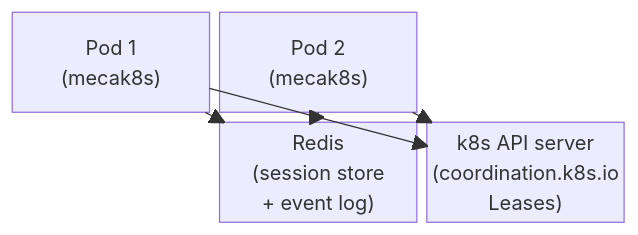
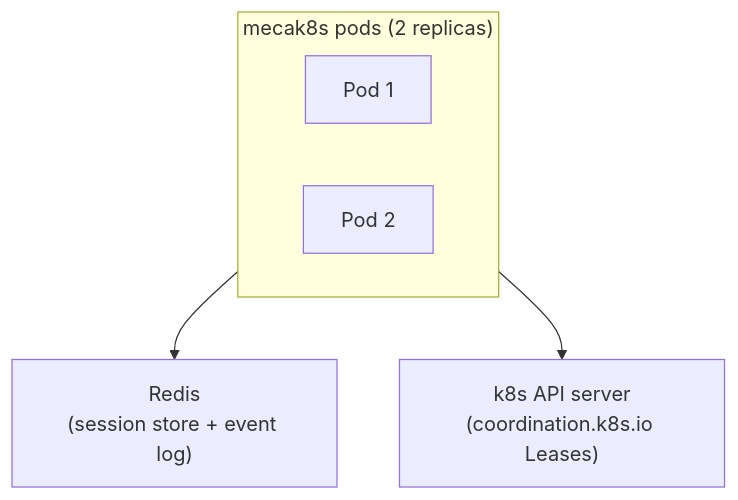
Before and after one commit to stacklok/mecatl: the first of 2 diagrams in user-docs/deployment/mecak8s.md, drawn with Mermaid. The commit also changed other lines of this file, not shown here.

Commit message:
fix(docs): repair broken mermaid diagrams on the mecak8s page
Two bugs, both visually confirmed fixed via a live render:

- The graceful-shutdown sequence diagram failed to parse: mermaid
  treats ';' as a statement terminator, so the two notes containing
  "cancelled; Recover-able" and "ctx; survivor" broke mid-statement.
  Replaced with commas.
- The top-of-page pod/Redis/k8s-API-server diagram used block-beta,
  which drew straight diagonal edges that crossed in an unreadable X.
  A 2x2 complete-bipartite topology always has a crossing edge in any
  strict layered (flowchart TD/LR) drawing, so rather than fight the
  layout, group the two peer pods into a subgraph and draw the two
  backend connections from the group -- same information, no crossing.

````diff
--- a/user-docs/deployment/mecak8s.md
+++ b/user-docs/deployment/mecak8s.md
@@ -10,10 +10,12 @@
 ```mermaid
-block-beta
-  columns 3
-  Pod1["Pod 1\n(mecak8s)"] Pod2["Pod 2\n(mecak8s)"] space
-  space Redis["Redis\n(session store\n+ event log)"] K8sAPI["k8s API server\n(coordination.k8s.io\nLeases)"]
-  Pod1 --> Redis
-  Pod2 --> Redis
-  Pod1 --> K8sAPI
-  Pod2 --> K8sAPI
+flowchart TD
+    subgraph Pods["mecak8s pods (2 replicas)"]
+        Pod1["Pod 1"]
+        Pod2["Pod 2"]
+    end
+    Redis["Redis<br/>(session store + event log)"]
+    K8sAPI["k8s API server<br/>(coordination.k8s.io Leases)"]
+
+    Pods --> Redis
+    Pods --> K8sAPI
 ```
````
